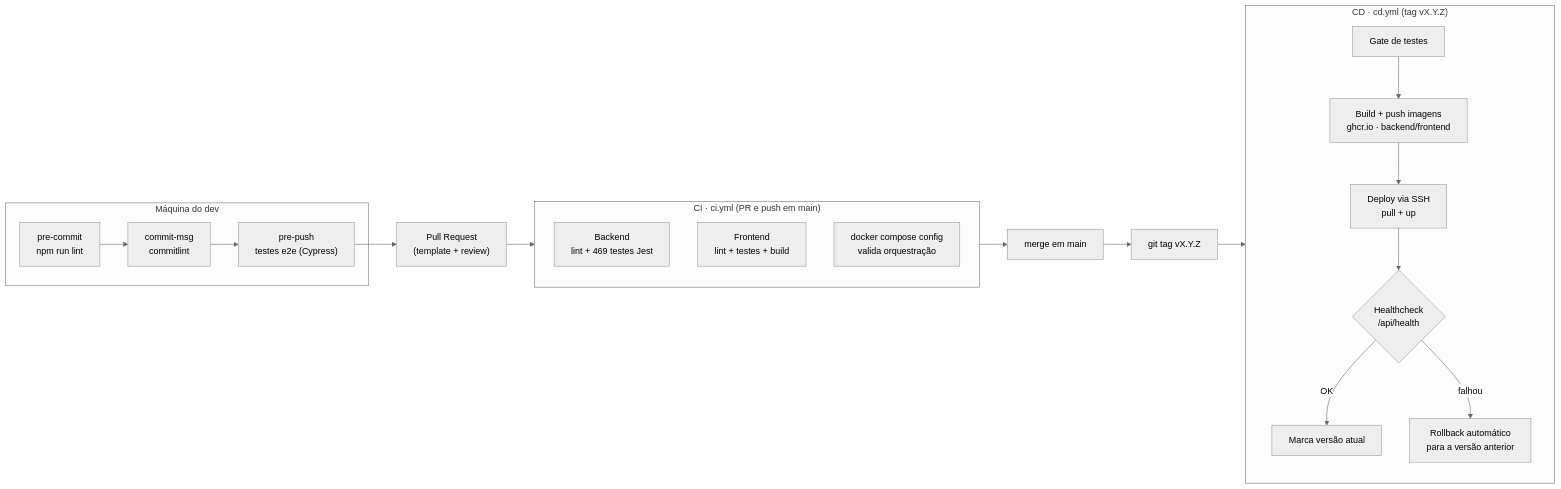
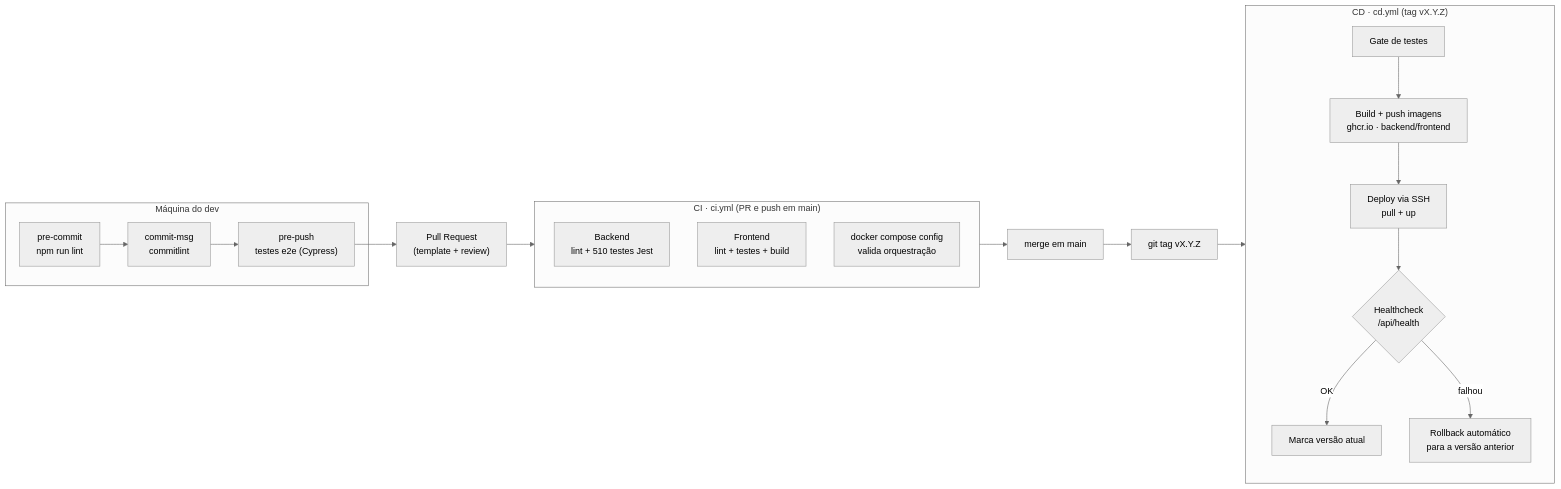
Before and after one commit to LuizZamzicki/agnus-composer: the diagram in docs/arquitetura/entrega-continua.md, drawn with Mermaid (neutral theme). The commit also changed 10 other files, not shown here.

````diff
--- a/docs/arquitetura/entrega-continua.md
+++ b/docs/arquitetura/entrega-continua.md
@@ -5,17 +5,17 @@
 ```mermaid
 flowchart LR
     subgraph DEV["Máquina do dev"]
         H1["pre-commit<br/>npm run lint"] --> H2["commit-msg<br/>commitlint"] --> H3["pre-push<br/>testes e2e (Cypress)"]
     end
     subgraph CI["CI · ci.yml (PR e push em main)"]
-        B["Backend<br/>lint + 469 testes Jest"]
+        B["Backend<br/>lint + 510 testes Jest"]
         F["Frontend<br/>lint + testes + build"]
         C["docker compose config<br/>valida orquestração"]
     end
     subgraph CD["CD · cd.yml (tag vX.Y.Z)"]
         T["Gate de testes"] --> P["Build + push imagens<br/>ghcr.io · backend/frontend"] --> D["Deploy via SSH<br/>pull + up"] --> V{"Healthcheck<br/>/api/health"}
         V -- OK --> OK["Marca versão atual"]
         V -- falhou --> RB["Rollback automático<br/>para a versão anterior"]
     end
     H3 --> PR["Pull Request<br/>(template + review)"] --> CI --> M["merge em main"] --> TAG["git tag vX.Y.Z"] --> CD
 ```
````
